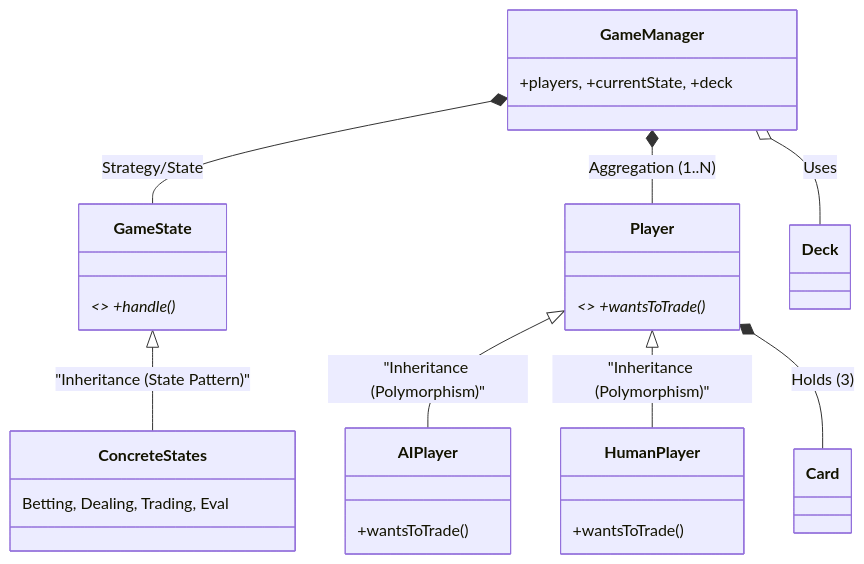
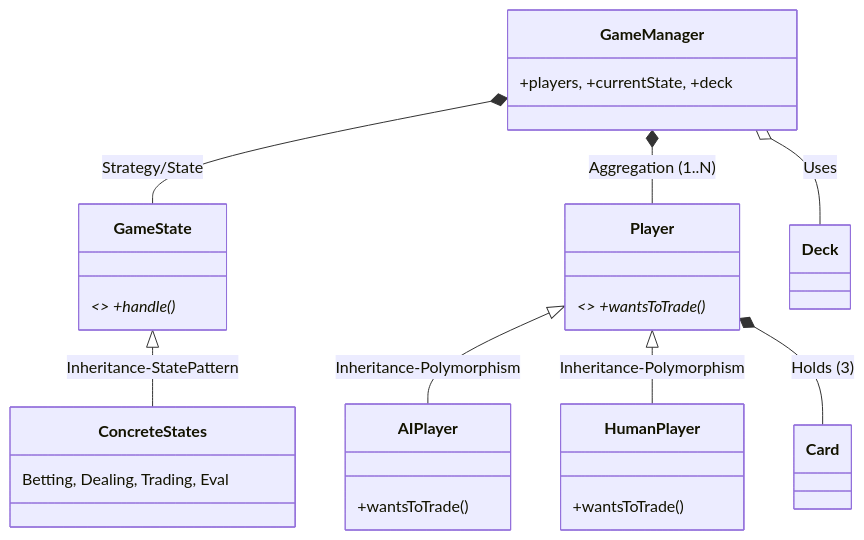
Before and after one commit to trung-nova/BaiCaoCai_Simulator-DEV: the second of 2 diagrams in docs/OOP_ARCHITECTURE.md, drawn with Mermaid. The commit also changed other lines of this file, not shown here.

Commit message:
docs: finalize mermaid labels for maximum compatibility

````diff
--- a/docs/OOP_ARCHITECTURE.md
+++ b/docs/OOP_ARCHITECTURE.md
@@ -200,20 +200,20 @@
 ```mermaid
 classDiagram
     class GameManager { +players, +currentState, +deck }
     
     class GameState { <<interface>> +handle()* }
     class ConcreteStates { Betting, Dealing, Trading, Eval }
     
     class Player { <<abstract>> +wantsToTrade()* }
     class AIPlayer { +wantsToTrade() }
     class HumanPlayer { +wantsToTrade() }
 
-    GameState <|-- ConcreteStates : "Inheritance (State Pattern)"
-    Player <|-- AIPlayer : "Inheritance (Polymorphism)"
-    Player <|-- HumanPlayer : "Inheritance (Polymorphism)"
+    GameState <|-- ConcreteStates : Inheritance-StatePattern
+    Player <|-- AIPlayer : Inheritance-Polymorphism
+    Player <|-- HumanPlayer : Inheritance-Polymorphism
     
     GameManager *-- GameState : Strategy/State
     GameManager *-- Player : Aggregation (1..N)
     GameManager o-- Deck : Uses
     Player *-- Card : Holds (3)
 ```
````
